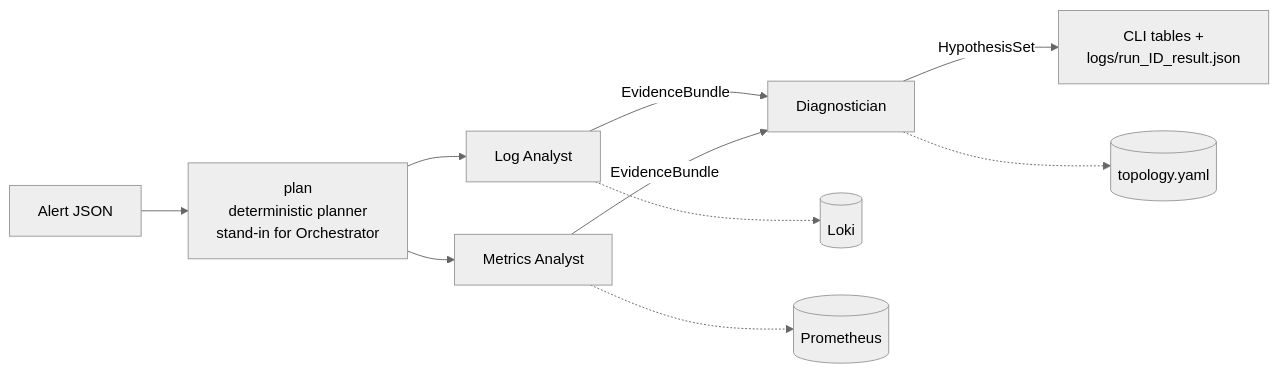
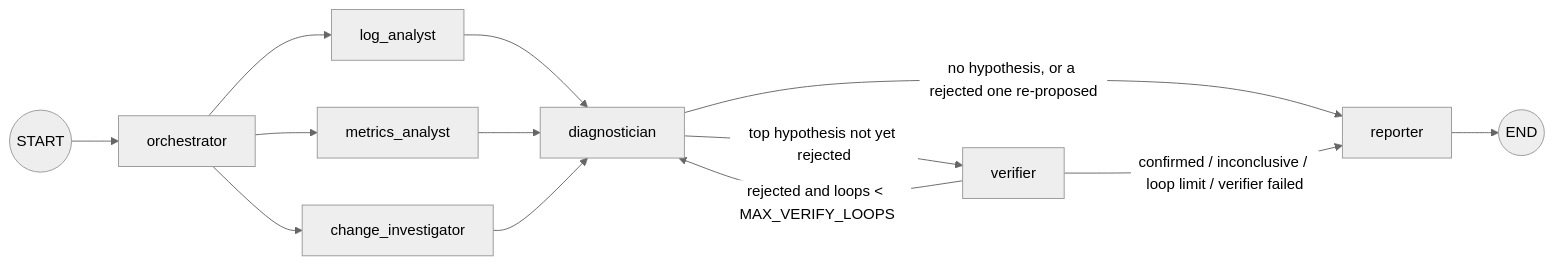
The second of 3 diagrams in docs/architecture.md (PrimeraAizen/IncidentResponder), drawn with Mermaid (neutral theme) before and after one commit. The commit also changed other lines of this file and 46 other files, not shown here.

````diff
--- a/docs/architecture.md
+++ b/docs/architecture.md
@@ -60,12 +60,11 @@
 ```mermaid
 flowchart LR
-    A[Alert JSON] --> P[plan<br/>deterministic planner<br/>stand-in for Orchestrator]
-    P --> L[Log Analyst]
-    P --> M[Metrics Analyst]
-    L -- EvidenceBundle --> D[Diagnostician]
-    M -- EvidenceBundle --> D
-    D -- HypothesisSet --> OUT[CLI tables +<br/>logs/run_ID_result.json]
-    L -.-> LOKI[(Loki)]
-    M -.-> PROM[(Prometheus)]
-    D -.-> TOPO[(topology.yaml)]
+    S((START)) --> O[orchestrator]
+    O --> L[log_analyst] & M[metrics_analyst] & C[change_investigator]
+    L & M & C --> D[diagnostician]
+    D -- "top hypothesis not yet rejected" --> V[verifier]
+    D -- "no hypothesis, or a rejected one re-proposed" --> R[reporter]
+    V -- "rejected and loops < MAX_VERIFY_LOOPS" --> D
+    V -- "confirmed / inconclusive / loop limit / verifier failed" --> R
+    R --> E((END))
 ```
````
